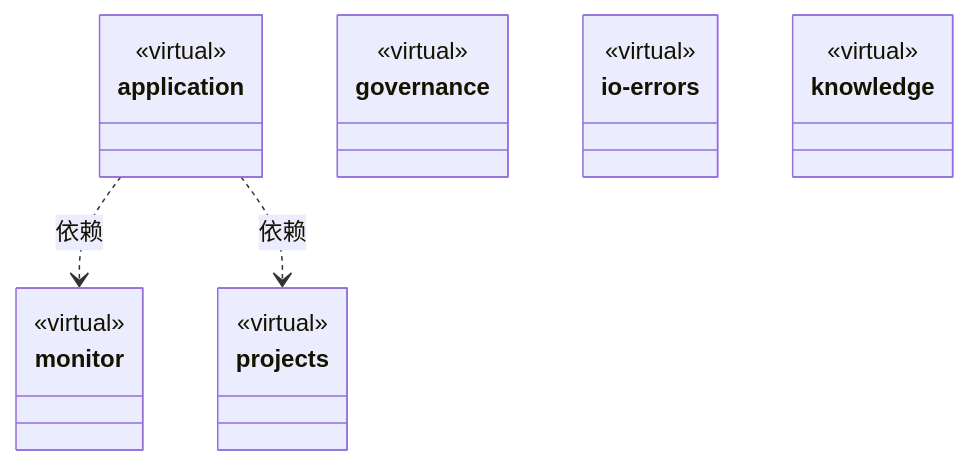
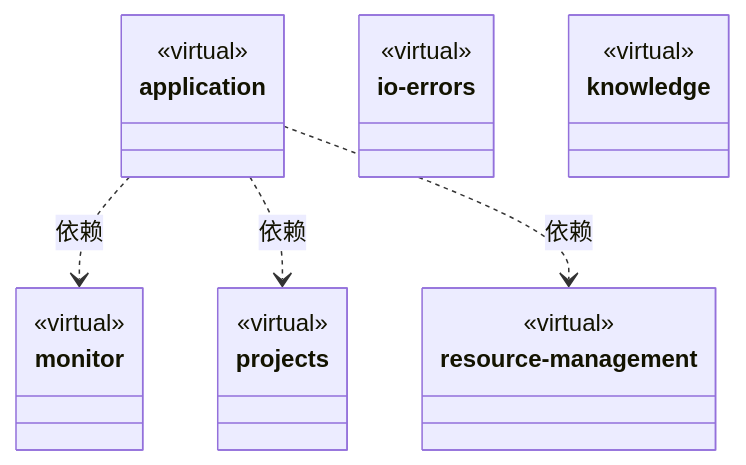
The third of 4 diagrams in src/logic/ARCHITECTURE.md (nan023062/cbim), drawn with Mermaid before and after one commit. The commit also changed other lines of this file and 113 other files, not shown here.

````diff
--- a/src/logic/ARCHITECTURE.md
+++ b/src/logic/ARCHITECTURE.md
@@ -92,29 +91,30 @@
 ```mermaid
 classDiagram
 class N_90eda1f2990a["application"] {
   <<virtual>>
 }
 click N_90eda1f2990a href "application/ARCHITECTURE.md"
 class N_68f384d07928["monitor"] {
   <<virtual>>
 }
 click N_68f384d07928 href "monitor/ARCHITECTURE.md"
 class N_fb8f32c3f2e2["projects"] {
   <<virtual>>
 }
 click N_fb8f32c3f2e2 href "projects/ARCHITECTURE.md"
-class N_46ab6b5c4908["governance"] {
+class N_7792f25b3f44["resource-management"] {
   <<virtual>>
 }
-click N_46ab6b5c4908 href "governance/ARCHITECTURE.md"
+click N_7792f25b3f44 href "resource-management/ARCHITECTURE.md"
 class N_5aaa8e9daf01["io-errors"] {
   <<virtual>>
 }
 click N_5aaa8e9daf01 href "io-errors/ARCHITECTURE.md"
 class N_6648e4abd154["knowledge"] {
   <<virtual>>
 }
 click N_6648e4abd154 href "knowledge/ARCHITECTURE.md"
 N_90eda1f2990a ..> N_68f384d07928 : 依赖
 N_90eda1f2990a ..> N_fb8f32c3f2e2 : 依赖
+N_90eda1f2990a ..> N_7792f25b3f44 : 依赖
 ```
````
